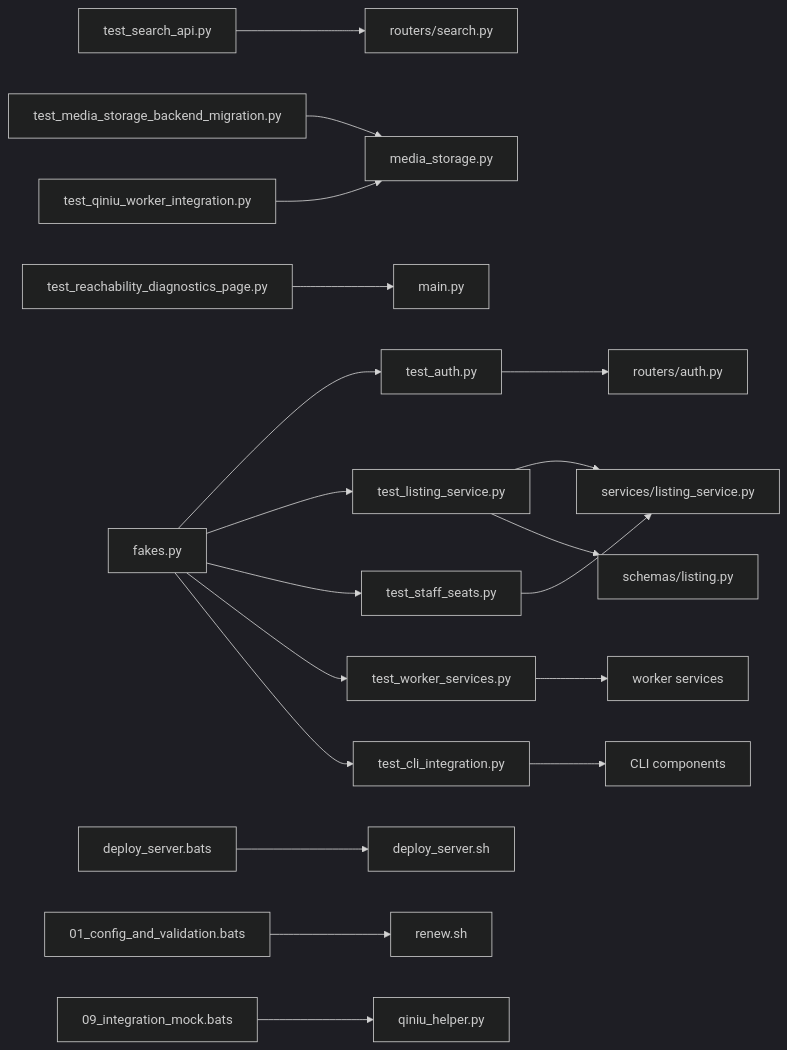
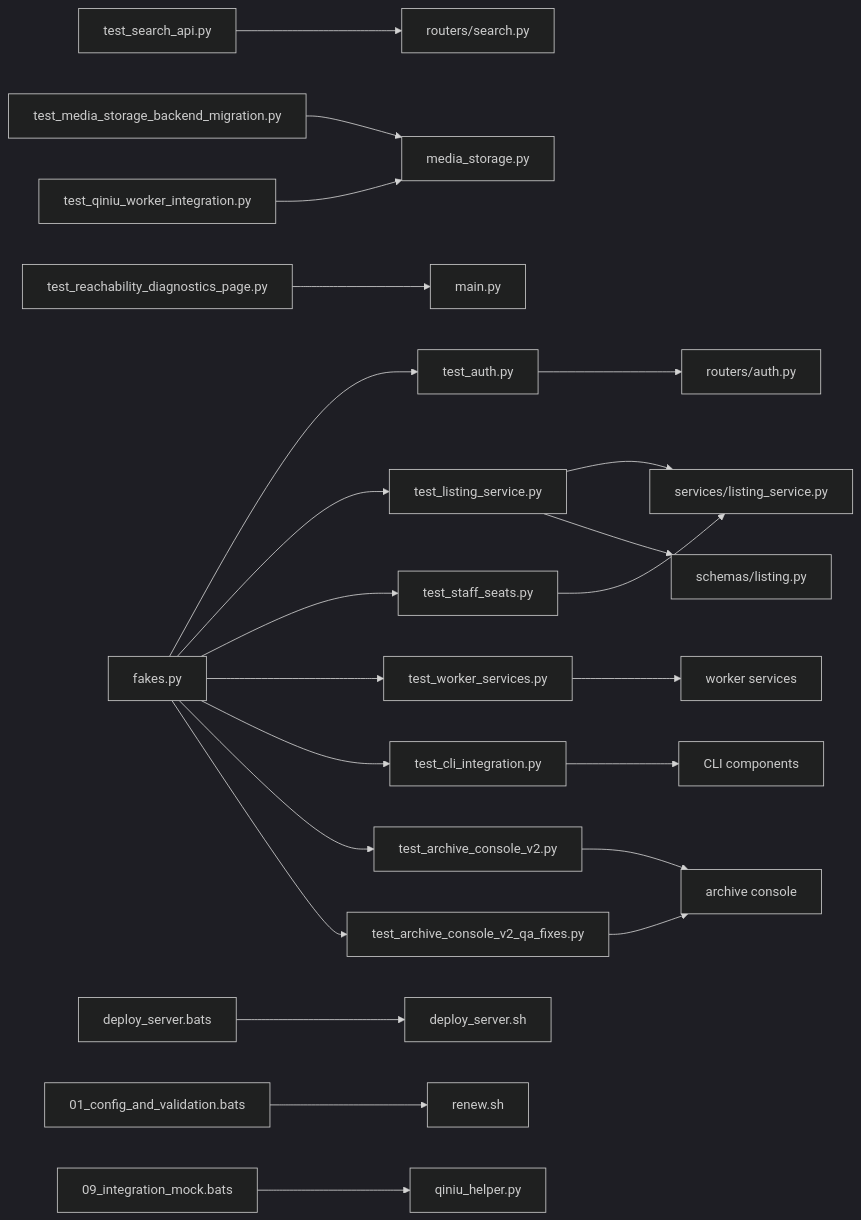
Before and after one commit to zuohaisu/wecom-archive: diagram 16 of 16 in .qoder/repowiki/en/content/Testing & Quality Assurance/Testing & Quality Assurance.md, drawn with Mermaid (dark theme). The commit also changed other lines of this file and 95 other files, not shown here.

````diff
--- a/.qoder/repowiki/en/content/Testing & Quality Assurance/Testing & Quality Assurance.md
+++ b/.qoder/repowiki/en/content/Testing & Quality Assurance/Testing & Quality Assurance.md
@@ -613,21 +657,25 @@
 ```mermaid
 graph LR
 TA["test_auth.py"] --> RA["routers/auth.py"]
 TS["test_search_api.py"] --> RS["routers/search.py"]
 TM["test_media_storage_backend_migration.py"] --> MS["media_storage.py"]
 TW["test_qiniu_worker_integration.py"] --> MS
 TD["test_reachability_diagnostics_page.py"] --> M["main.py"]
 TL["test_listing_service.py"] --> LS["services/listing_service.py"]
 TL --> SL["schemas/listing.py"]
 TS2["test_staff_seats.py"] --> LS
 TWF["test_worker_services.py"] --> WS["worker services"]
 TCI["test_cli_integration.py"] --> CLI["CLI components"]
+TAC["test_archive_console_v2.py"] --> AC["archive console"]
+TAC2["test_archive_console_v2_qa_fixes.py"] --> AC
 TF["fakes.py"] --> TA
 TF --> TL
 TF --> TS2
 TF --> TWF
 TF --> TCI
+TF --> TAC
+TF --> TAC2
 SB["deploy_server.bats"] --> DS["deploy_server.sh"]
 SR["01_config_and_validation.bats"] --> RN["renew.sh"]
 SI["09_integration_mock.bats"] --> QH["qiniu_helper.py"]
 ```
````
